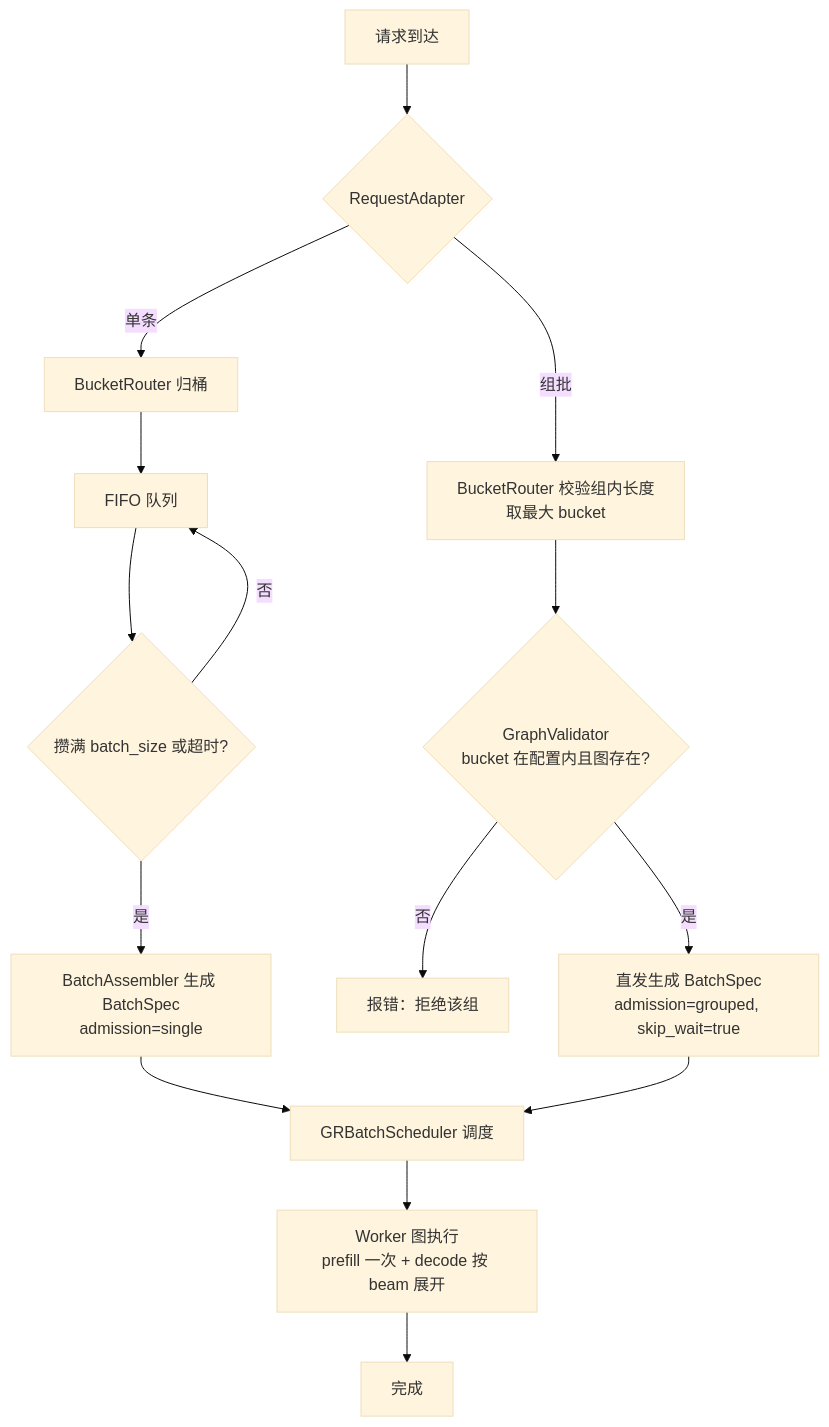
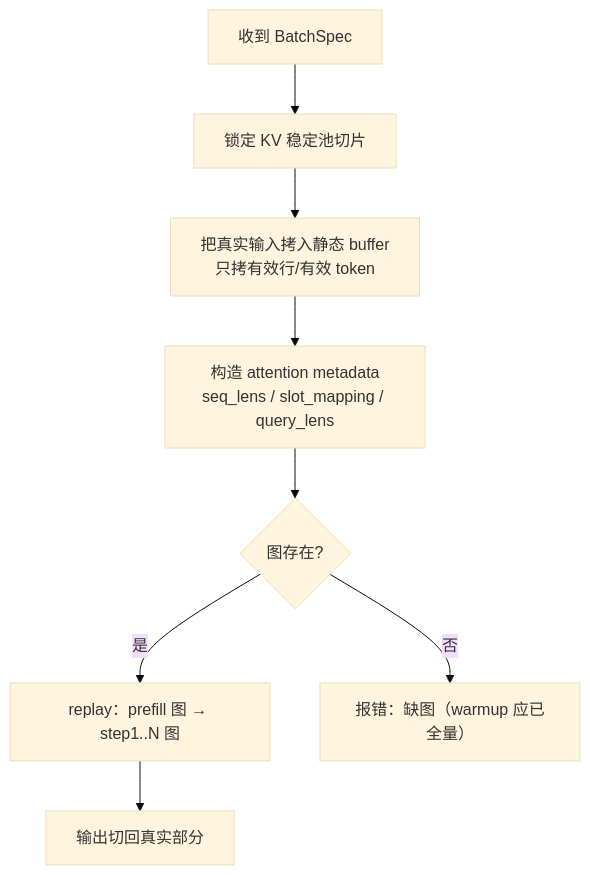
Before and after one commit to ZhiYunpenghuawei/p1: the ninth of 10 diagrams in scheduler_plugin_architecture.md, drawn with Mermaid (base theme). The commit also changed other lines of this file, not shown here.

````diff
--- a/scheduler_plugin_architecture.md
+++ b/scheduler_plugin_architecture.md
@@ -269,17 +405,10 @@
 ```mermaid
 flowchart TD
-    A[请求到达] --> B{RequestAdapter}
-    B -->|单条| C[BucketRouter 归桶]
-    C --> D[FIFO 队列]
-    D --> E{攒满 batch_size 或超时?}
-    E -->|否| D
-    E -->|是| F[BatchAssembler 生成 BatchSpec<br>admission=single]
-    B -->|组批| G[BucketRouter 校验组内长度<br>取最大 bucket]
-    G --> H{GraphValidator<br>bucket 在配置内且图存在?}
-    H -->|否| I[报错：拒绝该组]
-    H -->|是| J[直发生成 BatchSpec<br>admission=grouped, skip_wait=true]
-    F --> K[GRBatchScheduler 调度]
-    J --> K
-    K --> L[Worker 图执行<br>prefill 一次 + decode 按 beam 展开]
-    L --> M[完成]
+    A[收到 BatchSpec] --> B[锁定 KV 稳定池切片]
+    B --> C[把真实输入拷入静态 buffer<br>只拷有效行/有效 token]
+    C --> D[构造 attention metadata<br>seq_lens / slot_mapping / query_lens]
+    D --> E{图存在?}
+    E -->|是| F[replay：prefill 图 → step1..N 图]
+    E -->|否| ERR[报错：缺图（warmup 应已全量）]
+    F --> G[输出切回真实部分]
 ```
````
